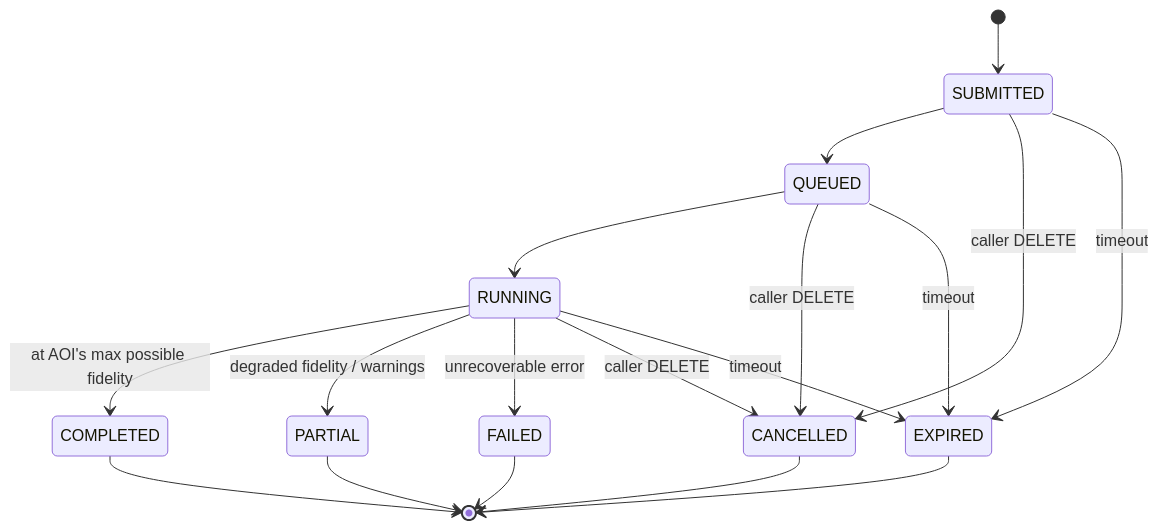
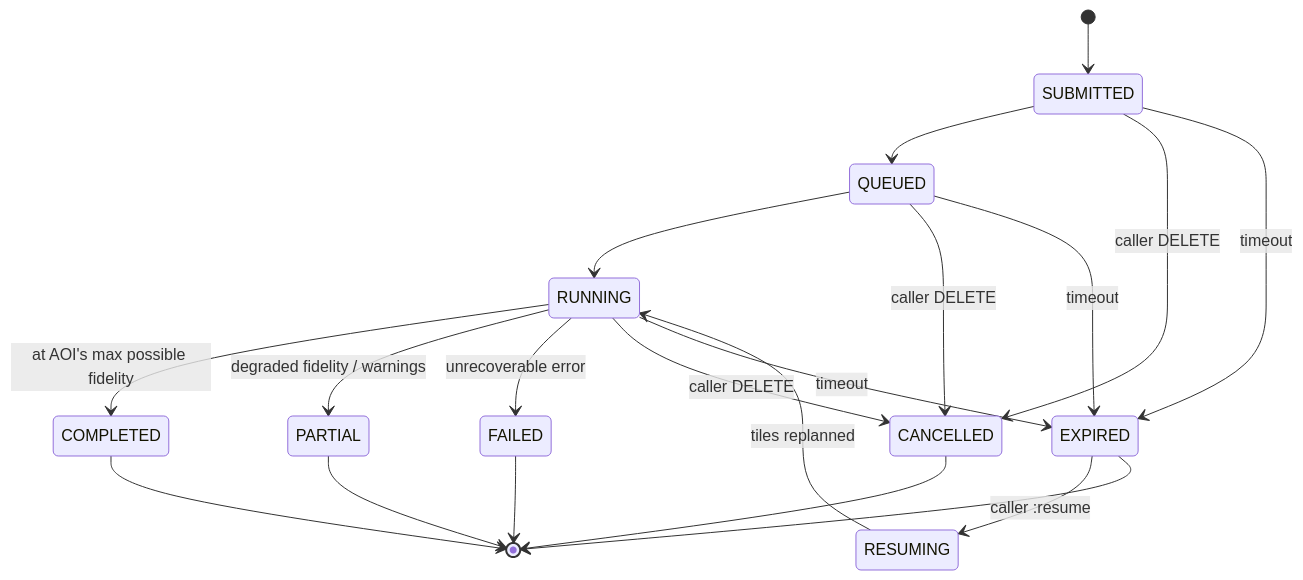
The eighth of 9 diagrams in docs/superpowers/specs/2026-04-25-rf-site-planning-api-design.md (larry-watkins-wps/RfAnalyzerAPI), drawn with Mermaid before and after one commit. The commit also changed other lines of this file and 15 other files, not shown here.

````diff
--- a/docs/superpowers/specs/2026-04-25-rf-site-planning-api-design.md
+++ b/docs/superpowers/specs/2026-04-25-rf-site-planning-api-design.md
@@ -997,23 +1076,26 @@
 ```mermaid
 stateDiagram-v2
     [*] --> SUBMITTED
     SUBMITTED --> QUEUED
     QUEUED --> RUNNING
     RUNNING --> COMPLETED: at AOI's max possible fidelity
     RUNNING --> PARTIAL: degraded fidelity / warnings
     RUNNING --> FAILED: unrecoverable error
 
     SUBMITTED --> CANCELLED: caller DELETE
     QUEUED --> CANCELLED: caller DELETE
     RUNNING --> CANCELLED: caller DELETE
 
     SUBMITTED --> EXPIRED: timeout
     QUEUED --> EXPIRED: timeout
     RUNNING --> EXPIRED: timeout
 
+    EXPIRED --> RESUMING: caller :resume
+    RESUMING --> RUNNING: tiles replanned
+
     COMPLETED --> [*]
     PARTIAL --> [*]
     FAILED --> [*]
     CANCELLED --> [*]
     EXPIRED --> [*]
 ```
````
